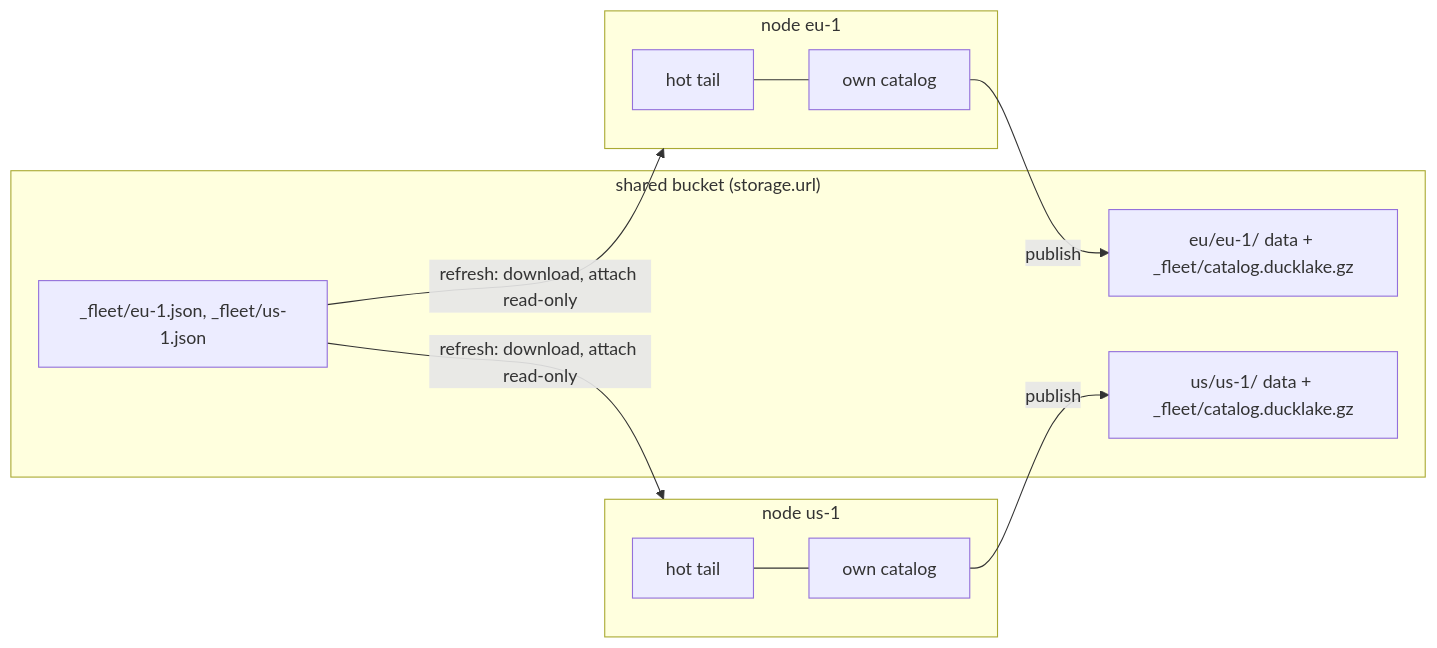
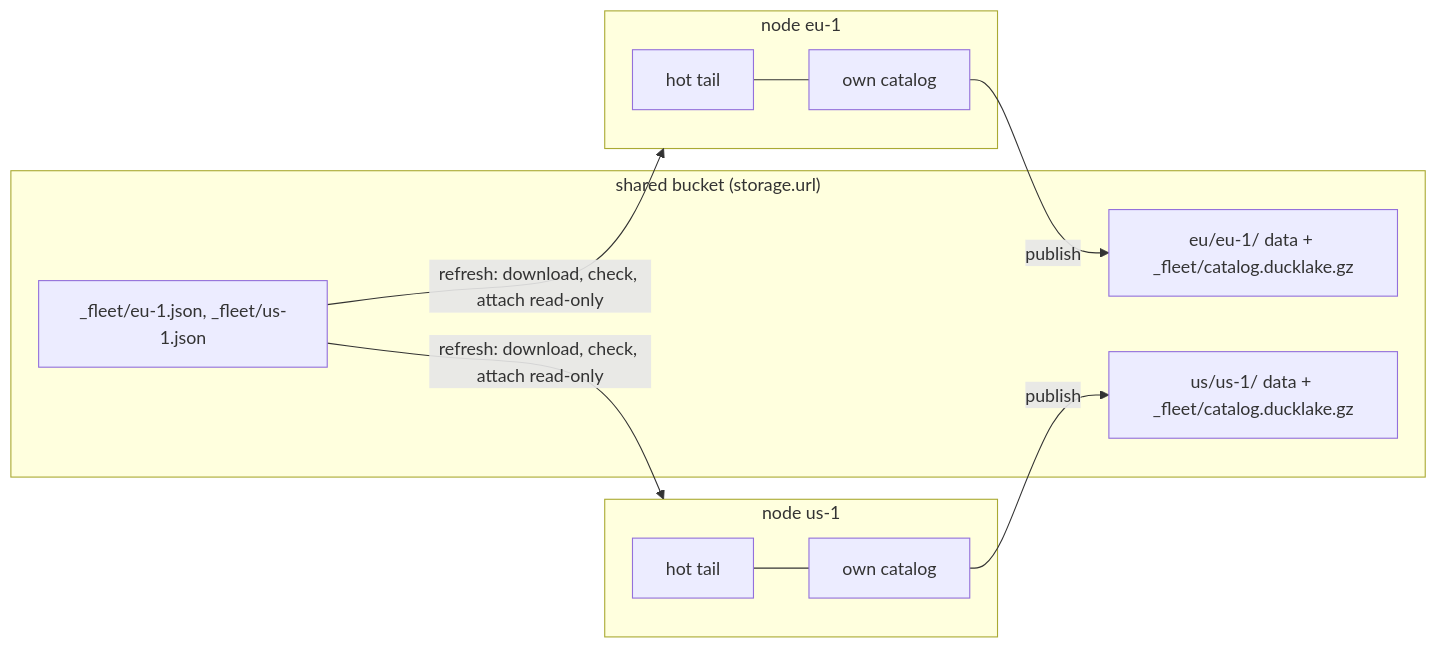
Before and after one commit to tinnguyenhuuletrong/tiny-eye: the diagram in docs/examples/run-a-fleet.md, drawn with Mermaid. The commit also changed other lines of this file and 17 other files, not shown here.

````diff
--- a/docs/examples/run-a-fleet.md
+++ b/docs/examples/run-a-fleet.md
@@ -29,18 +33,18 @@
 ```mermaid
 flowchart LR
   subgraph EU["node eu-1"]
     EH[hot tail] --- EC[own catalog]
   end
   subgraph US["node us-1"]
     UH[hot tail] --- UC[own catalog]
   end
   subgraph B["shared bucket (storage.url)"]
     EP["eu/eu-1/ data + _fleet/catalog.ducklake.gz"]
     UP["us/us-1/ data + _fleet/catalog.ducklake.gz"]
     M["_fleet/eu-1.json, _fleet/us-1.json"]
   end
   EC -->|publish| EP
   UC -->|publish| UP
-  M -->|refresh: download, attach read-only| EU
-  M -->|refresh: download, attach read-only| US
+  M -->|refresh: download, check, attach read-only| EU
+  M -->|refresh: download, check, attach read-only| US
 ```
````
